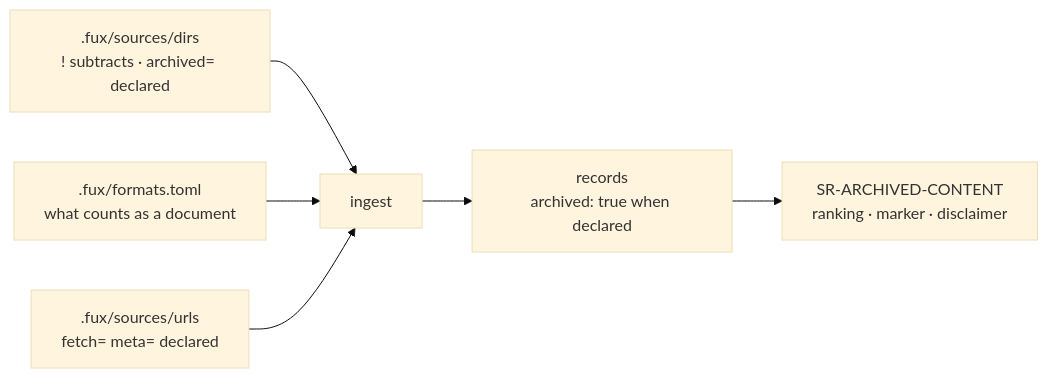
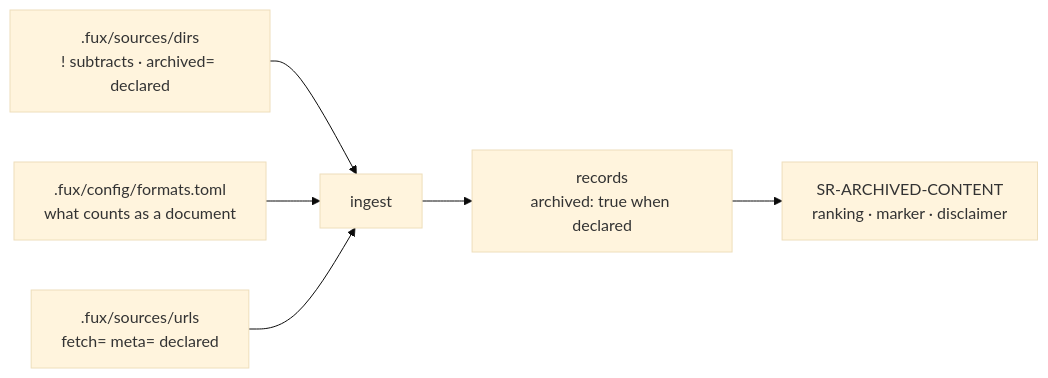
One commit to arpitarya/fux changed the diagram in records/0120_dir-list.md. Above: the diagram before and after it, drawn with Mermaid (base theme). The commit also changed other lines of this file and 442 other files, not shown here.

First line of the commit message:
feat(w295): the eight policy TOMLs move to .fux/config/

````diff
--- a/records/0120_dir-list.md
+++ b/records/0120_dir-list.md
@@ -64,8 +64,8 @@
 ```mermaid
 flowchart LR
     D[".fux/sources/dirs<br/>! subtracts · archived= declared"] --> I["ingest"]
-    T[".fux/formats.toml<br/>what counts as a document"] --> I
+    T[".fux/config/formats.toml<br/>what counts as a document"] --> I
     U[".fux/sources/urls<br/>fetch= meta= declared"] --> I
     I --> R["records<br/>archived: true when declared"]
     R --> X["SR-ARCHIVED-CONTENT<br/>ranking · marker · disclaimer"]
 ```
````
